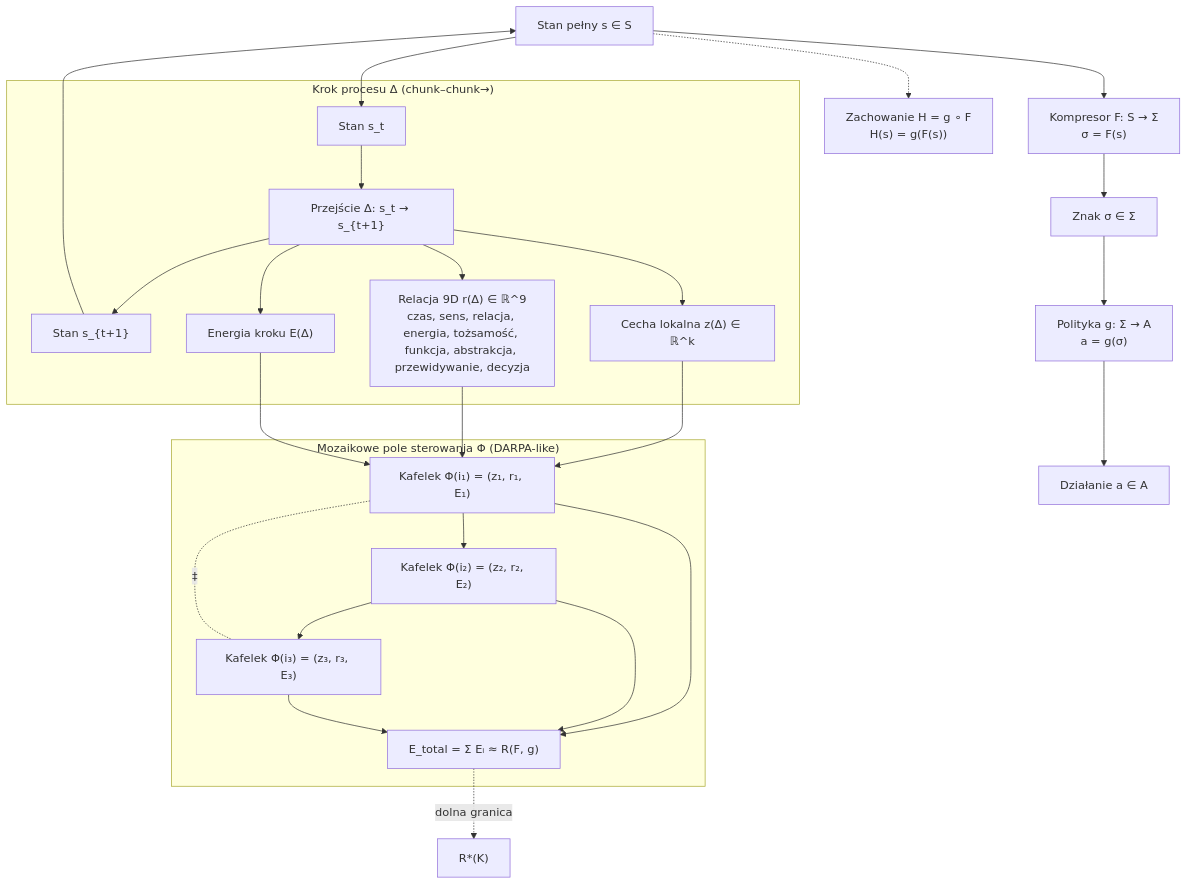
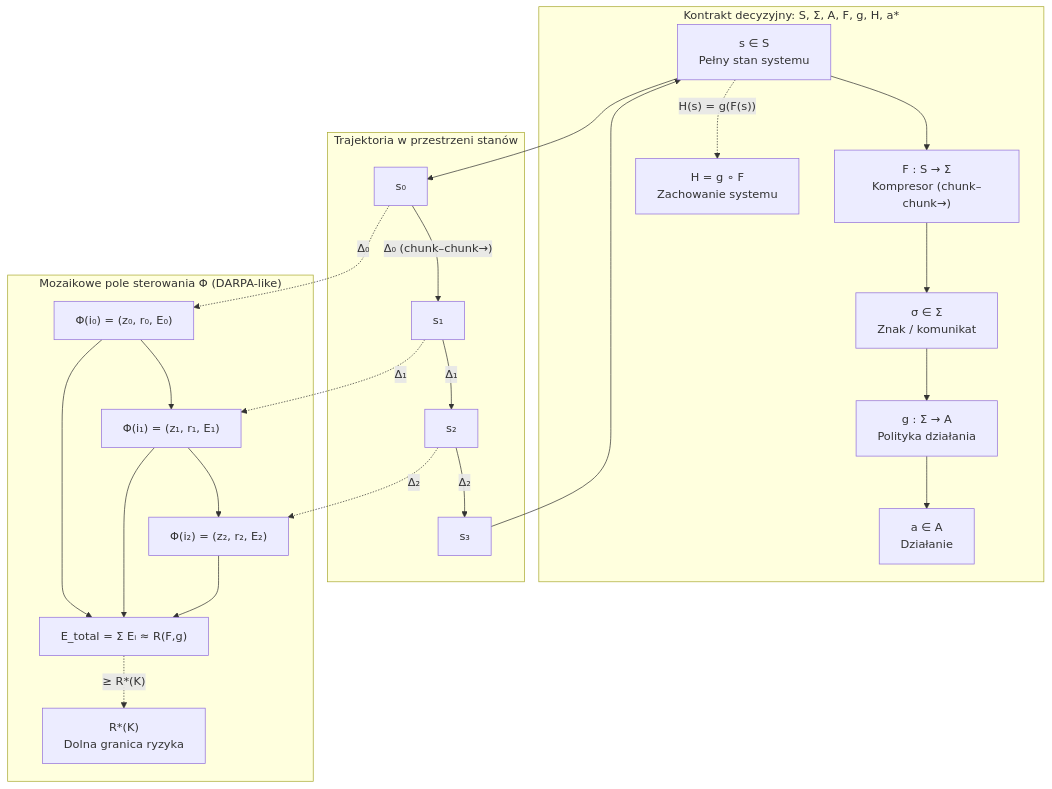
One commit to DonkeyJJLove/chunk-chunk changed the first of 4 diagrams in README.MD. Above: the diagram before and after it, drawn with Mermaid. The commit also changed other lines of this file, not shown here.

Commit message:
Updated README to include flowchart and additional context on HMK-9D protocol — 001

````diff
--- a/README.MD
+++ b/README.MD
@@ -15,46 +19,45 @@
 ```mermaid
 flowchart TD
 
-    %% Warstwa kontraktu
-    S["Stan pełny s ∈ S"]
-    F["Kompresor F: S → Σ<br/>σ = F(s)"]
-    Sigma["Znak σ ∈ Σ"]
-    g["Polityka g: Σ → A<br/>a = g(σ)"]
-    A_act["Działanie a ∈ A"]
-    H["Zachowanie H = g ∘ F<br/>H(s) = g(F(s))"]
-
-    S --> F --> Sigma --> g --> A_act
-    S -.-> H
-
-    %% Krok Δ (chunk–chunk→)
-    subgraph Krok_Δ["Krok procesu Δ (chunk–chunk→)"]
-        s_t["Stan s_t"]
-        s_t1["Stan s_{t+1}"]
-        Delta["Przejście Δ: s_t → s_{t+1}"]
-        z["Cecha lokalna z(Δ) ∈ ℝ^k"]
-        r["Relacja 9D r(Δ) ∈ ℝ^9<br/>czas, sens, relacja, energia, tożsamość, funkcja, abstrakcja, przewidywanie, decyzja"]
-        E["Energia kroku E(Δ)"]
-        s_t --> Delta --> s_t1
-        Delta --> z
-        Delta --> r
-        Delta --> E
+    %% KONTRAKT S, Σ, A, F, g, H, a*
+    subgraph Kontrakt["Kontrakt decyzyjny: S, Σ, A, F, g, H, a*"]
+        S["s ∈ S<br/>Pełny stan systemu"]
+        F["F : S → Σ<br/>Kompresor (chunk–chunk→)"]
+        Sigma["σ ∈ Σ<br/>Znak / komunikat"]
+        g["g : Σ → A<br/>Polityka działania"]
+        A_act["a ∈ A<br/>Działanie"]
+        H["H = g ∘ F<br/>Zachowanie systemu"]
+        S --> F --> Sigma --> g --> A_act
+        S -. "H(s) = g(F(s))" .-> H
     end
 
-    %% Mozaika DARPA / pole sterowania
-    subgraph Mozaika["Mozaikowe pole sterowania Φ (DARPA-like)"]
-        tile1["Kafelek Φ(i₁) = (z₁, r₁, E₁)"]
-        tile2["Kafelek Φ(i₂) = (z₂, r₂, E₂)"]
-        tile3["Kafelek Φ(i₃) = (z₃, r₃, E₃)"]
-        Etot["E_total = Σ Eᵢ ≈ R(F, g)"]
-        tile1 --> tile2 --> tile3
-        tile1 -. "‡" .- tile3
-        tile1 & tile2 & tile3 --> Etot
+    %% TRAJEKTORIA STANÓW I KROKI Δ
+    subgraph Trajektoria["Trajektoria w przestrzeni stanów"]
+        s0["s₀"]
+        s1["s₁"]
+        s2["s₂"]
+        s3["s₃"]
+        s0 -->|"Δ₀ (chunk–chunk→)"| s1 -->|"Δ₁"| s2 -->|"Δ₂"| s3
     end
 
-    %% Powiązania między warstwami
-    S --> s_t
-    s_t1 --> S
-    z & r & E --> tile1
+    %% MOZAIKA Φ
+    subgraph Mozaika["Mozaikowe pole sterowania Φ (DARPA-like)"]
+        Phi1["Φ(i₀) = (z₀, r₀, E₀)"]
+        Phi2["Φ(i₁) = (z₁, r₁, E₁)"]
+        Phi3["Φ(i₂) = (z₂, r₂, E₂)"]
+        Etot["E_total = Σ Eᵢ ≈ R(F,g)"]
+        Rstar["R*(K)<br/>Dolna granica ryzyka"]
 
-    Etot -. "dolna granica" .-> Rstar["R*(K)"]
+        Phi1 --> Phi2 --> Phi3
+        Phi1 & Phi2 & Phi3 --> Etot
+        Etot -. "≥ R*(K)" .-> Rstar
+    end
+
+    %% POWIĄZANIA
+    S --> s0
+    s3 --> S
+
+    s0 -. "Δ₀" .-> Phi1
+    s1 -. "Δ₁" .-> Phi2
+    s2 -. "Δ₂" .-> Phi3
 ```
````
